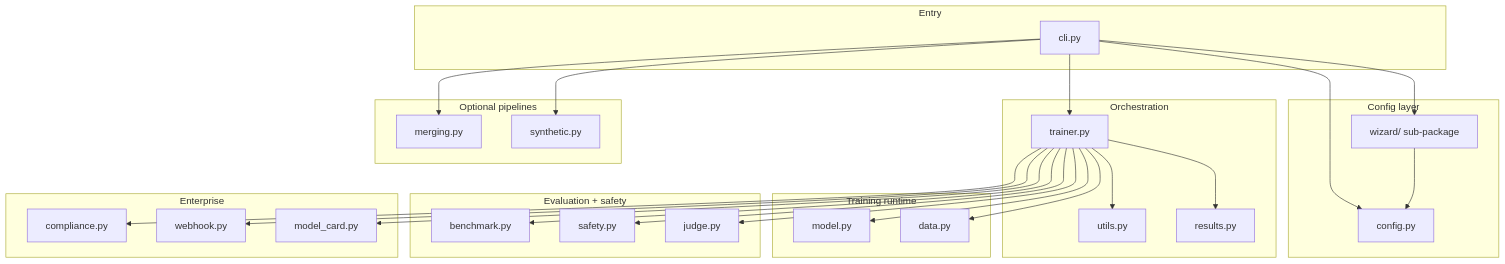
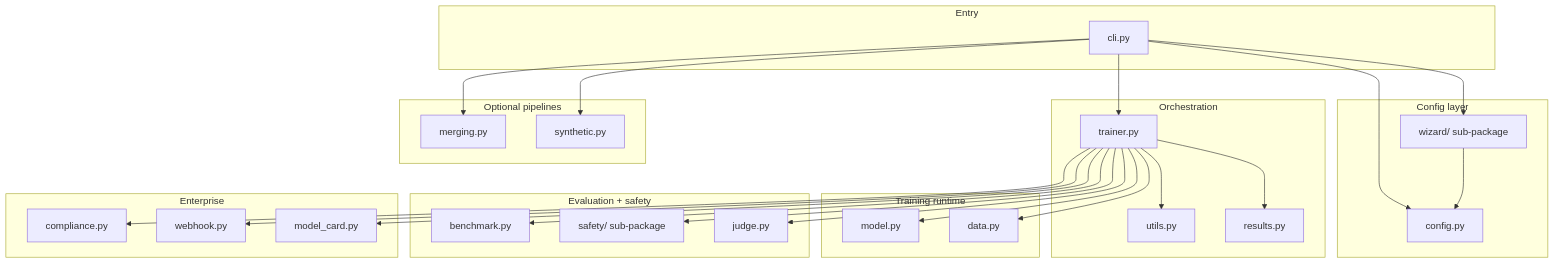
One commit to HodeTech/ForgeLM changed the diagram in docs/standards/architecture.md. Above: the diagram before and after it, drawn with Mermaid. The commit also changed other lines of this file and 25 other files, not shown here.

````diff
--- a/docs/standards/architecture.md
+++ b/docs/standards/architecture.md
@@ -14,56 +14,56 @@
 ```mermaid
 graph TB
     subgraph Entry["Entry"]
         CLI[cli.py]
     end
 
     subgraph Config["Config layer"]
         CONFIG[config.py]
         WIZARD[wizard/ sub-package]
     end
 
     subgraph Orch["Orchestration"]
         TRAINER[trainer.py]
         UTILS[utils.py]
         RESULTS[results.py]
     end
 
     subgraph Runtime["Training runtime"]
         MODEL[model.py]
         DATA[data.py]
     end
 
     subgraph Quality["Evaluation + safety"]
         BENCH[benchmark.py]
-        SAFETY[safety.py]
+        SAFETY[safety/ sub-package]
         JUDGE[judge.py]
     end
 
     subgraph Enterprise["Enterprise"]
         COMPLIANCE[compliance.py]
         WEBHOOK[webhook.py]
         CARD[model_card.py]
     end
 
     subgraph Extras["Optional pipelines"]
         MERGE[merging.py]
         SYNTH[synthetic.py]
     end
 
     CLI --> CONFIG
     CLI --> WIZARD
     CLI --> TRAINER
     WIZARD --> CONFIG
     TRAINER --> MODEL
     TRAINER --> DATA
     TRAINER --> BENCH
     TRAINER --> SAFETY
     TRAINER --> JUDGE
     TRAINER --> COMPLIANCE
     TRAINER --> WEBHOOK
     TRAINER --> CARD
     TRAINER --> UTILS
     TRAINER --> RESULTS
     CLI --> MERGE
     CLI --> SYNTH
 ```
````
